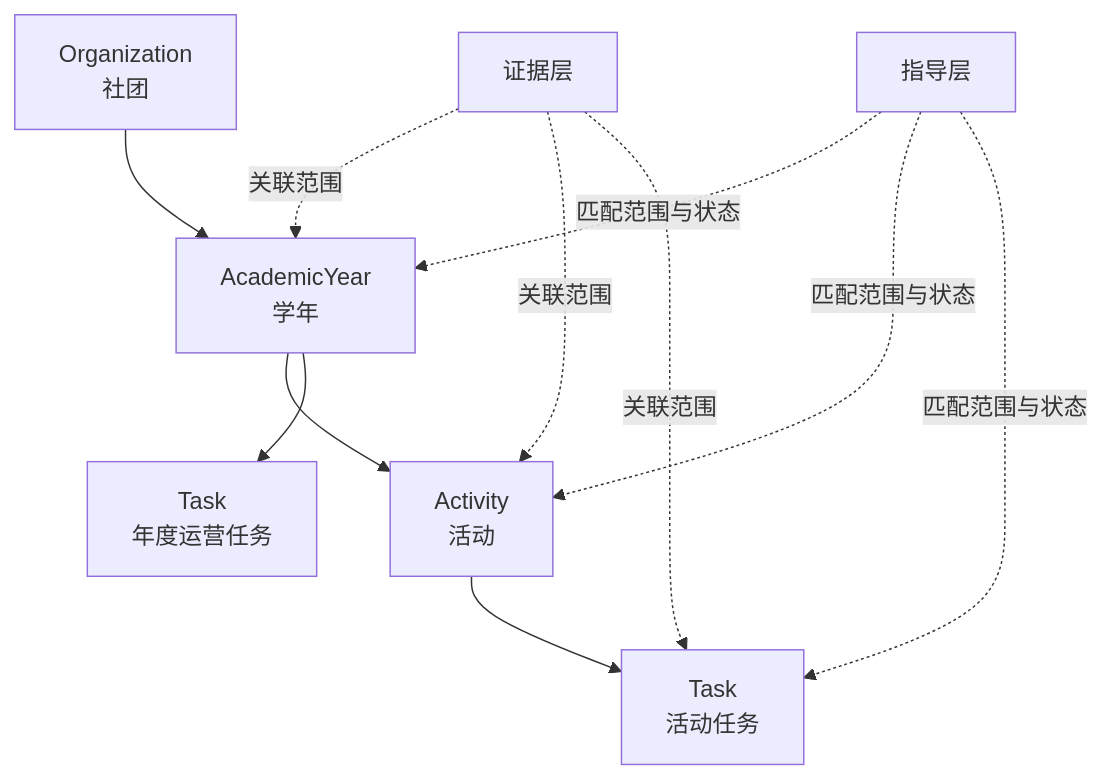
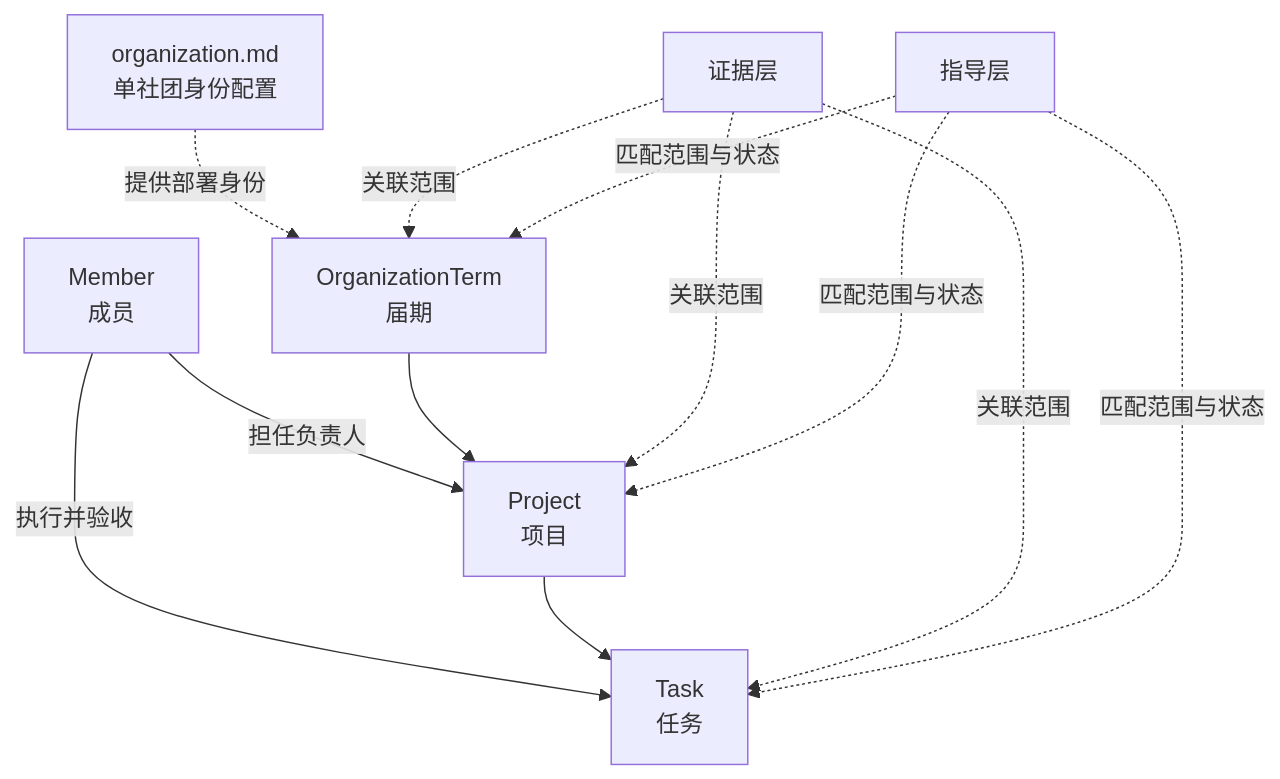
Before and after one commit to USTC-Student-TableTennisAssociation/association-management: the diagram in docs/architecture/05-状态层周期与工作记忆设计.md, drawn with Mermaid. The commit also changed other lines of this file and 1 other file, not shown here.

````diff
--- a/docs/architecture/05-状态层周期与工作记忆设计.md
+++ b/docs/architecture/05-状态层周期与工作记忆设计.md
@@ -16,14 +16,15 @@
 ```mermaid
 flowchart TD
-  organization["Organization<br/>社团"] --> year["AcademicYear<br/>学年"]
-  year --> activity["Activity<br/>活动"]
-  activity --> activityTask["Task<br/>活动任务"]
-  year --> annualTask["Task<br/>年度运营任务"]
+  profile["organization.md<br/>单社团身份配置"] -. 提供部署身份 .-> term["OrganizationTerm<br/>届期"]
+  member["Member<br/>成员"] -->|担任负责人| project["Project<br/>项目"]
+  member -->|执行并验收| task["Task<br/>任务"]
+  term --> project
+  project --> task
 
-  evidence["证据层"] -. 关联范围 .-> year
-  evidence -. 关联范围 .-> activity
-  evidence -. 关联范围 .-> activityTask
-  guidance["指导层"] -. 匹配范围与状态 .-> year
-  guidance -. 匹配范围与状态 .-> activity
-  guidance -. 匹配范围与状态 .-> activityTask
+  evidence["证据层"] -. 关联范围 .-> term
+  evidence -. 关联范围 .-> project
+  evidence -. 关联范围 .-> task
+  guidance["指导层"] -. 匹配范围与状态 .-> term
+  guidance -. 匹配范围与状态 .-> project
+  guidance -. 匹配范围与状态 .-> task
 ```
````
